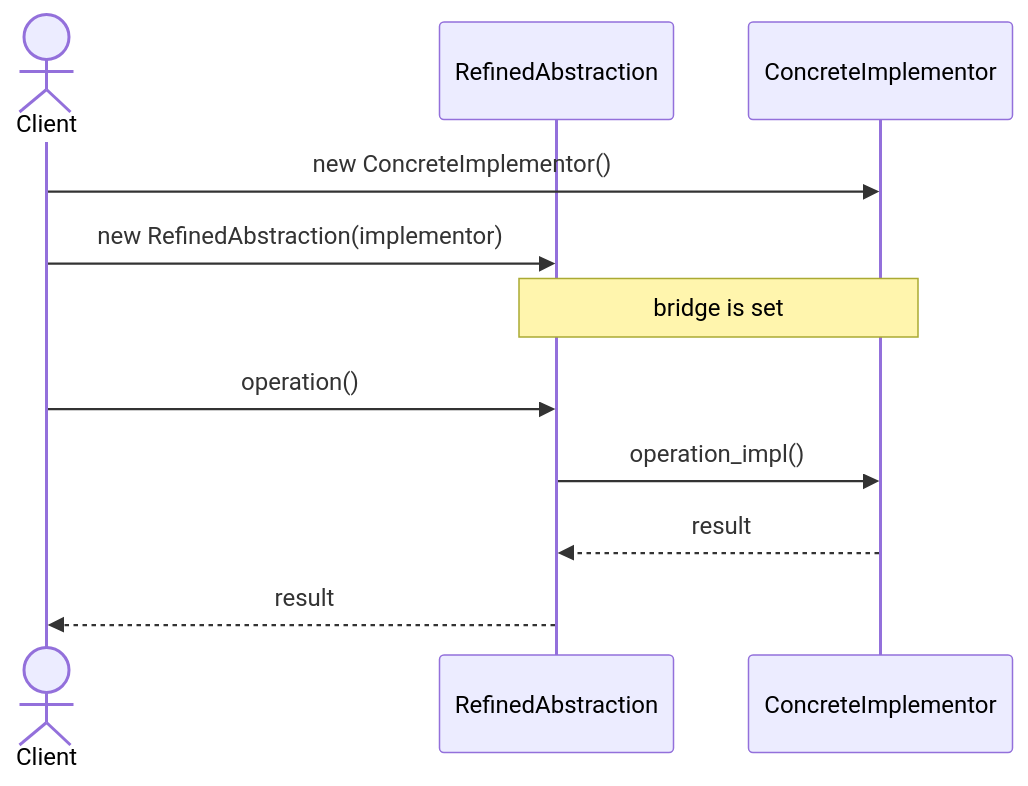
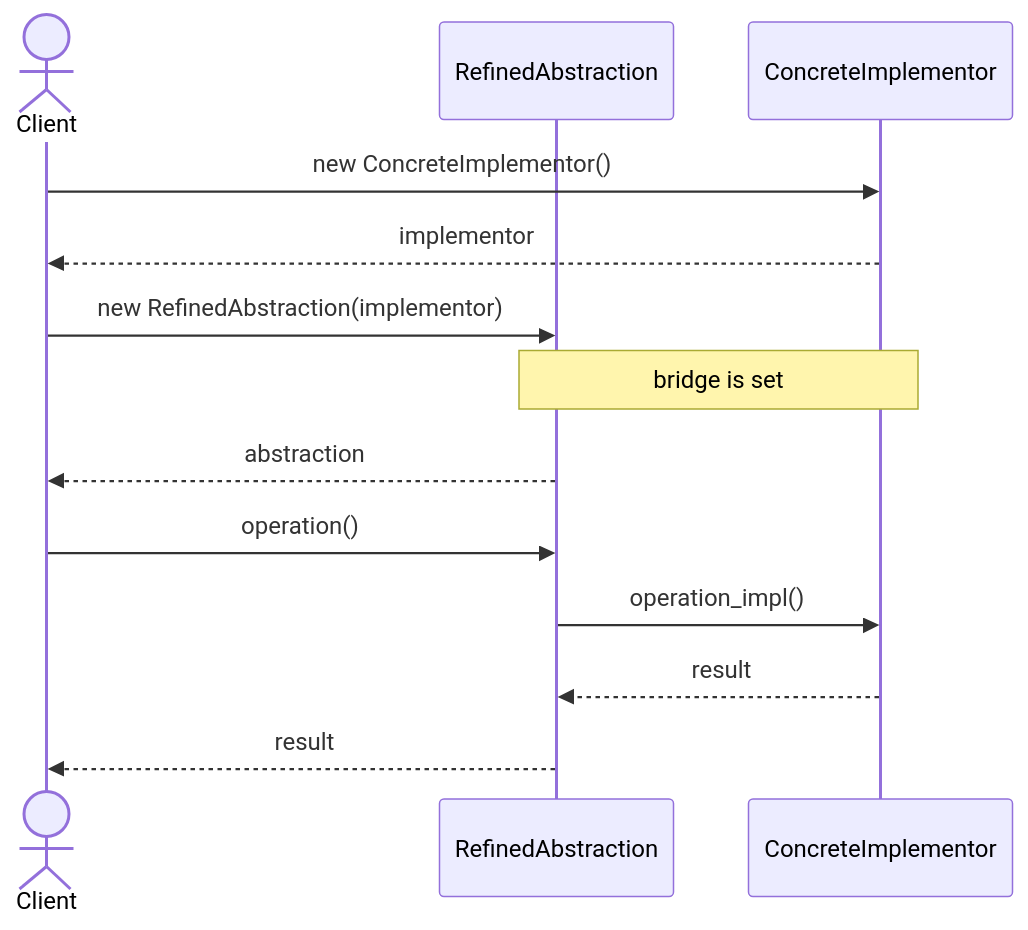
Before and after one commit to arunnambyar/tutorials: the second of 2 diagrams in design_patterns/docs/1900_bridge.md, drawn with Mermaid. The commit also changed other lines of this file and 1 other file, not shown here.

Commit message:
some updares in design bridge and decorator patterns

````diff
--- a/design_patterns/docs/1900_bridge.md
+++ b/design_patterns/docs/1900_bridge.md
@@ -78,15 +78,18 @@
 ```mermaid
 sequenceDiagram
     Actor Client
     participant Abstraction as RefinedAbstraction
     participant Implementor as ConcreteImplementor
 
     Client->>Implementor: new ConcreteImplementor()
+    Implementor-->>Client: implementor
+
     Client->>Abstraction: new RefinedAbstraction(implementor)
     Note over Abstraction,Implementor: bridge is set
+    Abstraction-->>Client: abstraction
 
     Client->>Abstraction: operation()
     Abstraction->>Implementor: operation_impl()
     Implementor-->>Abstraction: result
     Abstraction-->>Client: result
 ```
````
